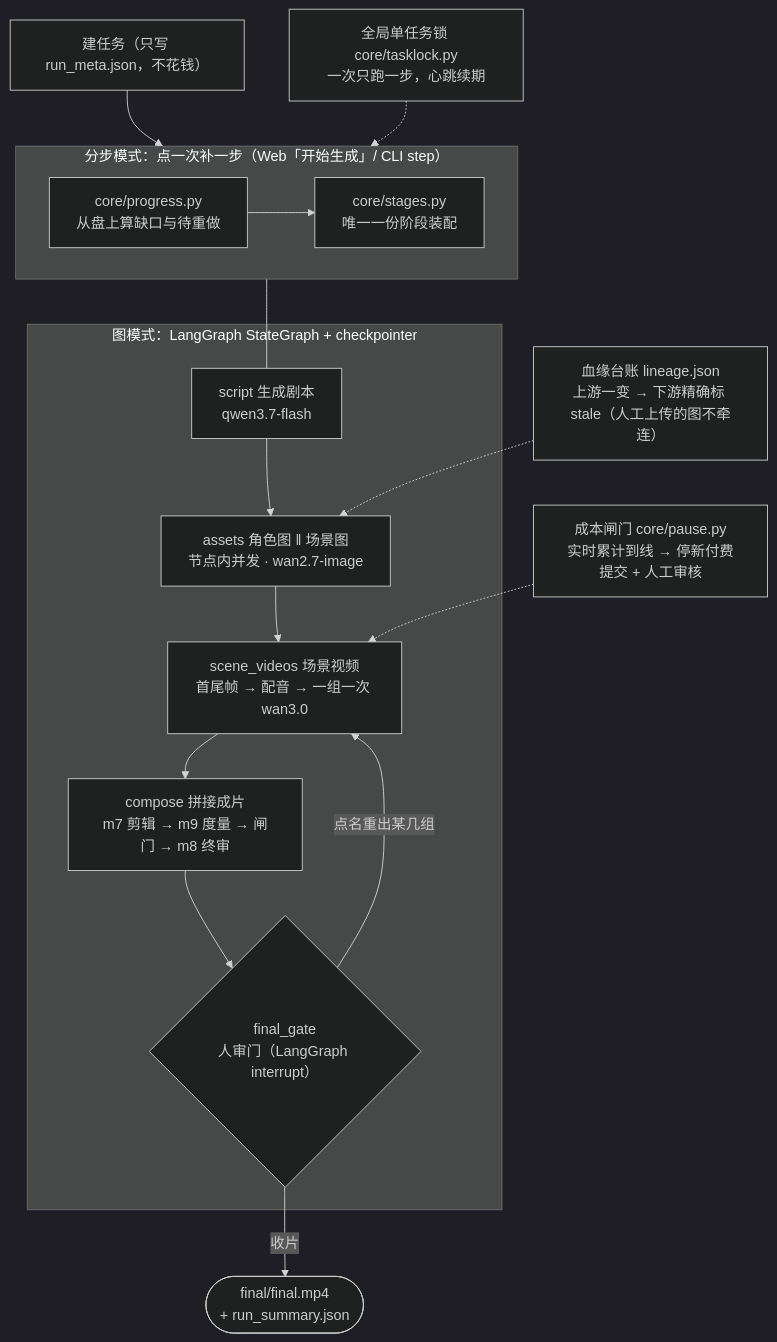
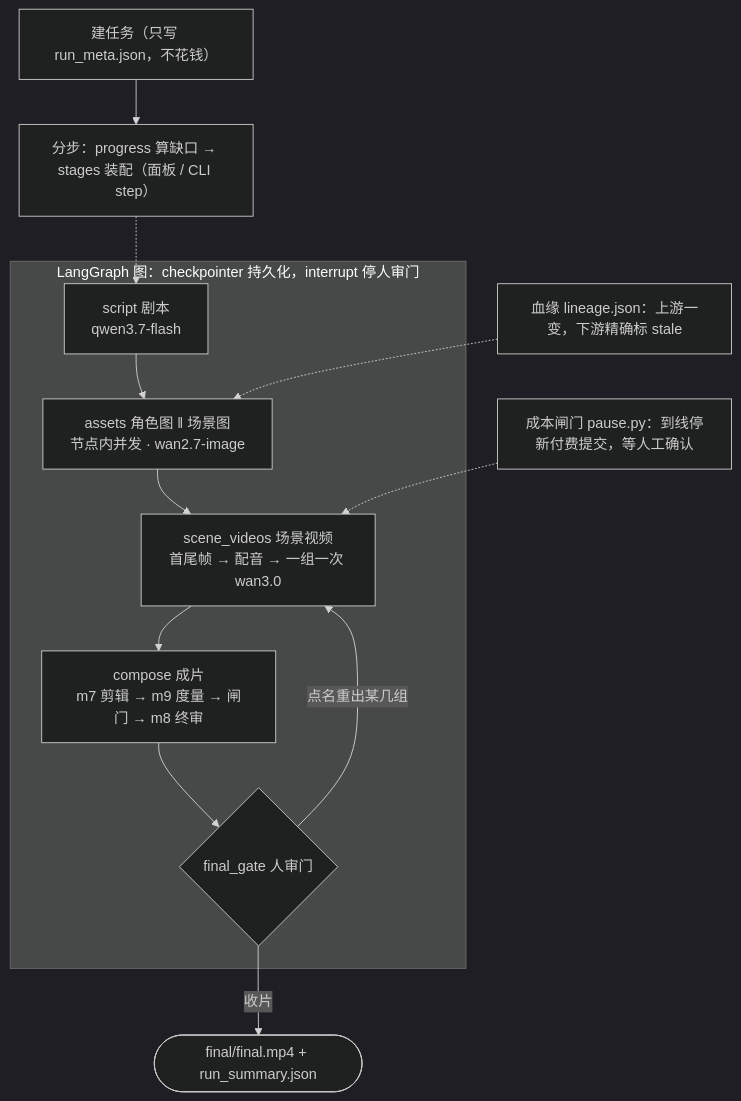
The diagram in README.md (Mingyang0018/FastVideo3), drawn with Mermaid (dark theme) before and after one commit. The commit also changed other lines of this file, not shown here.

First line of the commit message:
docs(readme): 198 → 133 行，只留四条主干（快速开始 / 编排图 / 项目结构 / 技术栈）

````diff
--- a/README.md
+++ b/README.md
@@ -57,24 +41,17 @@
 ```mermaid
 flowchart TD
     T["建任务（只写 run_meta.json，不花钱）"] --> P
+    P["分步：progress 算缺口 → stages 装配（面板 / CLI step）"] -.-> S
 
-    subgraph MODE["分步模式：点一次补一步（Web「开始生成」/ CLI step）"]
-        direction LR
-        P["core/progress.py<br/>从盘上算缺口与待重做"] --> X["core/stages.py<br/>唯一一份阶段装配"]
+    subgraph G["LangGraph 图：checkpointer 持久化，interrupt 停人审门"]
+        S["script 剧本<br/>qwen3.7-flash"] --> A["assets 角色图 ‖ 场景图<br/>节点内并发 · wan2.7-image"]
+        A --> V["scene_videos 场景视频<br/>首尾帧 → 配音 → 一组一次 wan3.0"]
+        V --> C["compose 成片<br/>m7 剪辑 → m9 度量 → 闸门 → m8 终审"]
+        C --> FG{"final_gate 人审门"}
+        FG -- 点名重出某几组 --> V
     end
 
-    subgraph GRAPH["图模式：LangGraph StateGraph + checkpointer"]
-        S["script 生成剧本<br/>qwen3.7-flash"] --> A["assets 角色图 ‖ 场景图<br/>节点内并发 · wan2.7-image"]
-        A --> V["scene_videos 场景视频<br/>首尾帧 → 配音 → 一组一次 wan3.0"]
-        V --> C["compose 拼接成片<br/>m7 剪辑 → m9 度量 → 闸门 → m8 终审"]
-        C --> FG{"final_gate<br/>人审门（LangGraph interrupt）"}
-        FG -- "点名重出某几组" --> V
-    end
-
-    X --- S
-    FG -- 收片 --> E(["final/final.mp4<br/>+ run_summary.json"])
-
-    GATE["成本闸门 core/pause.py<br/>实时累计到线 → 停新付费提交 + 人工审核"] -.-> V
-    LOCK["全局单任务锁 core/tasklock.py<br/>一次只跑一步，心跳续期"] -.-> X
-    LIN["血缘台账 lineage.json<br/>上游一变 → 下游精确标 stale（人工上传的图不牵连）"] -.-> A
+    FG -- 收片 --> E(["final/final.mp4 + run_summary.json"])
+    PAUSE["成本闸门 pause.py：到线停新付费提交，等人工确认"] -.-> V
+    LIN["血缘 lineage.json：上游一变，下游精确标 stale"] -.-> A
 ```
````
